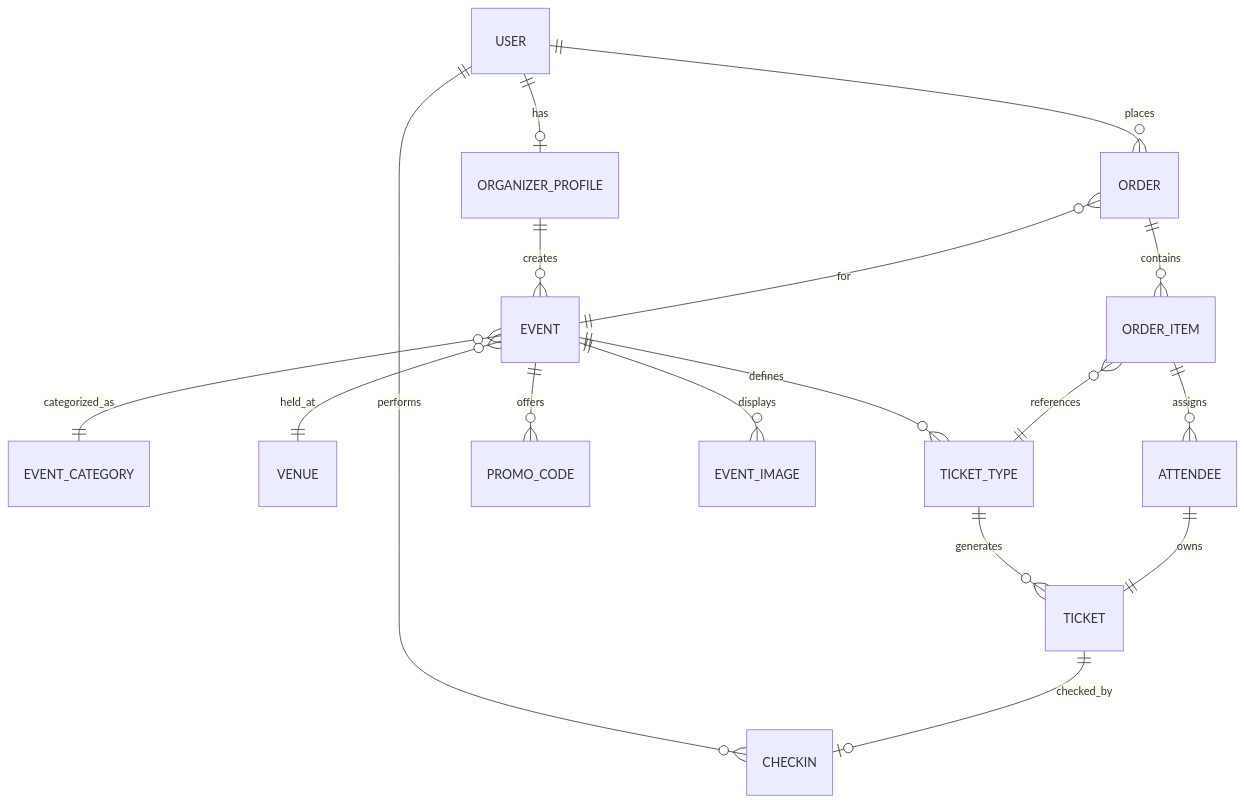
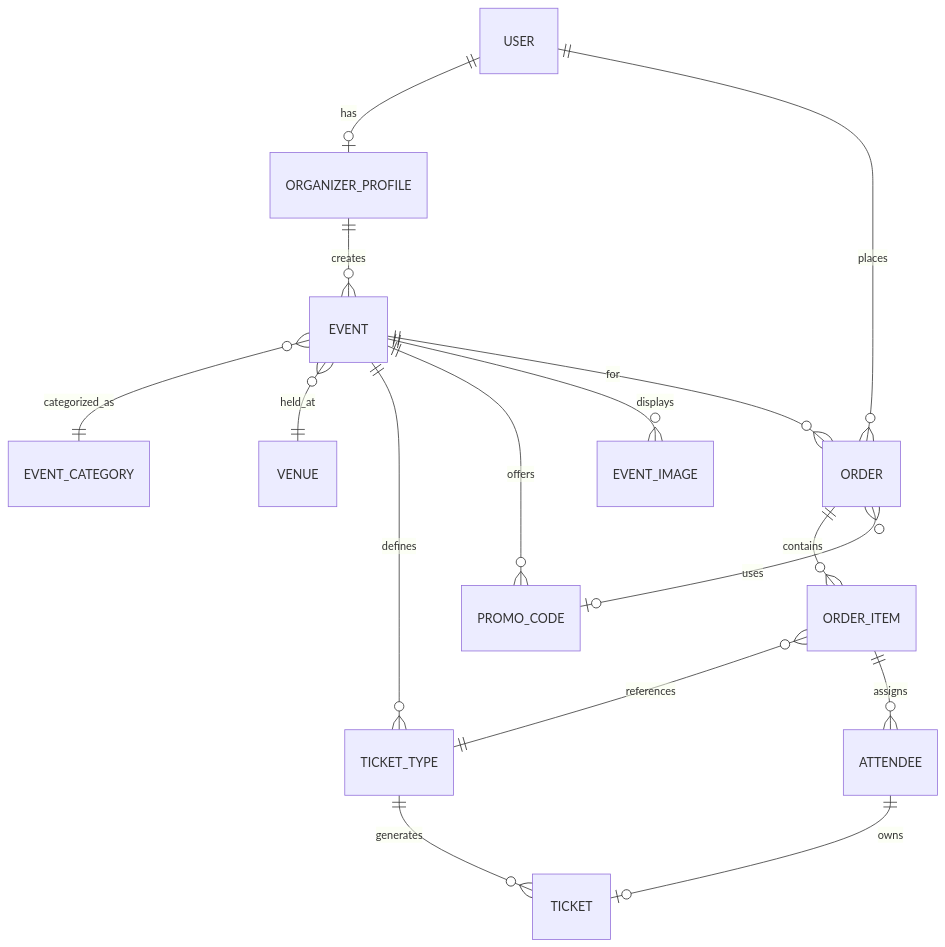
One commit to sravan1946/Tickr changed the second of 2 diagrams in tickr.md. Above: the diagram before and after it, drawn with Mermaid. The commit also changed other lines of this file, not shown here.

````diff
--- a/tickr.md
+++ b/tickr.md
@@ -250,25 +354,24 @@
 ```mermaid
 erDiagram
     USER ||--o| ORGANIZER_PROFILE : has
     USER ||--o{ ORDER : places
-    USER ||--o{ CHECKIN : performs
 
     ORGANIZER_PROFILE ||--o{ EVENT : creates
 
     EVENT }o--|| EVENT_CATEGORY : categorized_as
     EVENT }o--|| VENUE : held_at
     EVENT ||--o{ TICKET_TYPE : defines
     EVENT ||--o{ PROMO_CODE : offers
     EVENT ||--o{ EVENT_IMAGE : displays
+    EVENT ||--o{ ORDER : for
 
     TICKET_TYPE ||--o{ TICKET : generates
 
     ORDER ||--o{ ORDER_ITEM : contains
-    ORDER }o--|| EVENT : for
+    ORDER }o--o| PROMO_CODE : uses
 
     ORDER_ITEM }o--|| TICKET_TYPE : references
     ORDER_ITEM ||--o{ ATTENDEE : assigns
 
-    ATTENDEE ||--|| TICKET : owns
-    TICKET ||--o| CHECKIN : checked_by
+    ATTENDEE ||--o| TICKET : owns
 ```
````
